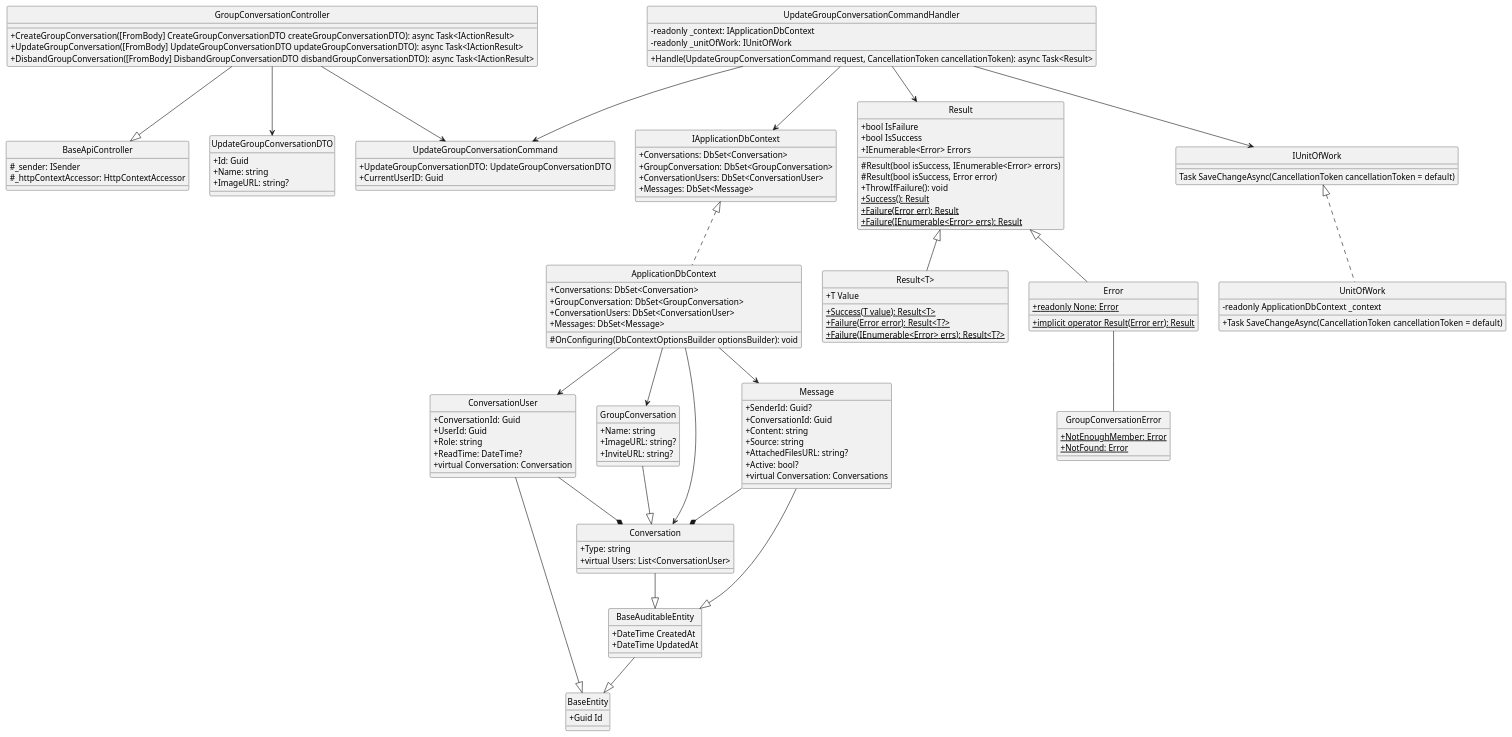
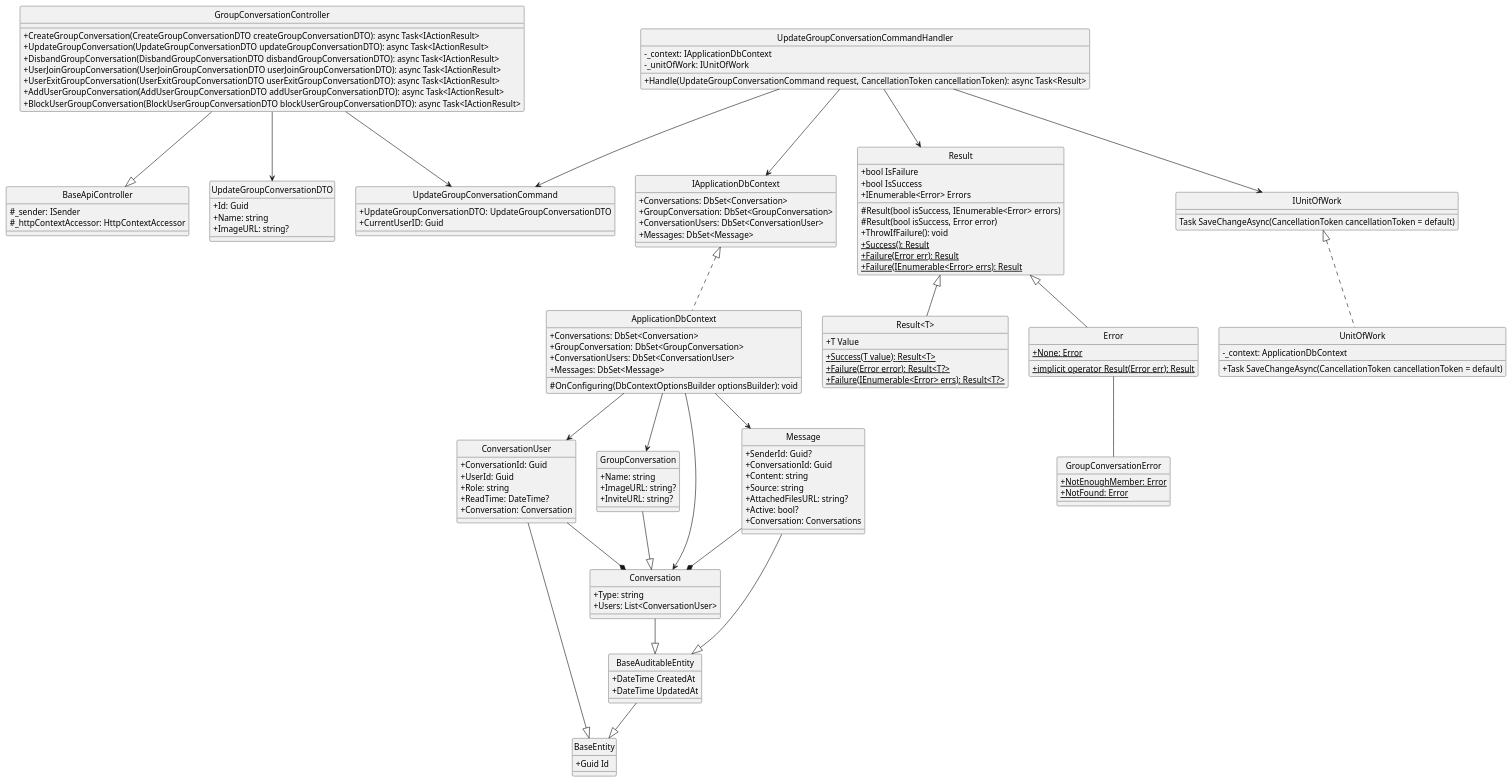
One commit to Carl-Johnsons/Chat-Application changed the diagram in docs/Class Diagram/Conversation/UpdateGroupConversation/ClassDiagram.plantuml. Above: the diagram before and after it, drawn with PlantUML. The commit also changed 8 other files, not shown here.

Commit message:
remove readonly, virture, add join, block, exit group

```diff
--- a/docs/Class Diagram/Conversation/UpdateGroupConversation/ClassDiagram.plantuml
+++ b/docs/Class Diagram/Conversation/UpdateGroupConversation/ClassDiagram.plantuml
@@ -1,151 +1,158 @@
 @startuml 
 hide circle
 skinparam classAttributeIconSize 0
 
 class BaseApiController {
     #_sender: ISender
     #_httpContextAccessor: HttpContextAccessor
 }
 
 class GroupConversationController {
-    +CreateGroupConversation([FromBody] CreateGroupConversationDTO createGroupConversationDTO): async Task<IActionResult>
-    +UpdateGroupConversation([FromBody] UpdateGroupConversationDTO updateGroupConversationDTO): async Task<IActionResult>
-    +DisbandGroupConversation([FromBody] DisbandGroupConversationDTO disbandGroupConversationDTO): async Task<IActionResult>
+    +CreateGroupConversation(CreateGroupConversationDTO createGroupConversationDTO): async Task<IActionResult>
+    +UpdateGroupConversation(UpdateGroupConversationDTO updateGroupConversationDTO): async Task<IActionResult>
+    +DisbandGroupConversation(DisbandGroupConversationDTO disbandGroupConversationDTO): async Task<IActionResult>
+    +UserJoinGroupConversation(UserJoinGroupConversationDTO userJoinGroupConversationDTO): async Task<IActionResult>
+    +UserExitGroupConversation(UserExitGroupConversationDTO userExitGroupConversationDTO): async Task<IActionResult>
+    +AddUserGroupConversation(AddUserGroupConversationDTO addUserGroupConversationDTO): async Task<IActionResult>
+    +BlockUserGroupConversation(BlockUserGroupConversationDTO blockUserGroupConversationDTO): async Task<IActionResult>
 }
 
 class UpdateGroupConversationCommand {
     +UpdateGroupConversationDTO: UpdateGroupConversationDTO
     +CurrentUserID: Guid
 }
 
 class UpdateGroupConversationCommandHandler {
-    -readonly _context: IApplicationDbContext
-    -readonly _unitOfWork: IUnitOfWork
+    -_context: IApplicationDbContext
+    -_unitOfWork: IUnitOfWork
     +Handle(UpdateGroupConversationCommand request, CancellationToken cancellationToken): async Task<Result> 
 }
 
 class IApplicationDbContext {
     +Conversations: DbSet<Conversation>
     +GroupConversation: DbSet<GroupConversation>
     +ConversationUsers: DbSet<ConversationUser>
     +Messages: DbSet<Message>
 }
 
 class ApplicationDbContext {
     +Conversations: DbSet<Conversation>
     +GroupConversation: DbSet<GroupConversation>
     +ConversationUsers: DbSet<ConversationUser>
     +Messages: DbSet<Message>
     #OnConfiguring(DbContextOptionsBuilder optionsBuilder): void
 }
 
 class Result {
     +bool IsFailure
     +bool IsSuccess
     +IEnumerable<Error> Errors
     #Result(bool isSuccess, IEnumerable<Error> errors)
     #Result(bool isSuccess, Error error)
     +ThrowIfFailure(): void
     {static} +Success(): Result
     {static} +Failure(Error err): Result
     {static} +Failure(IEnumerable<Error> errs): Result
 }
 
 class "Result<T>" {
     +T Value
     {static} +Success(T value): Result<T>
     {static} +Failure(Error error): Result<T?>
     {static} +Failure(IEnumerable<Error> errs): Result<T?>
 }
 
 class Error {
-    {static} +readonly None: Error
+    {static} +None: Error
     {static} +implicit operator Result(Error err): Result
 }
 
 class UpdateGroupConversationDTO{
     +Id: Guid
     +Name: string
     +ImageURL: string?
 }
 
 class IUnitOfWork {
     Task SaveChangeAsync(CancellationToken cancellationToken = default)
 }
 
 class UnitOfWork {
-    -readonly ApplicationDbContext _context
+    -_context: ApplicationDbContext
     +Task SaveChangeAsync(CancellationToken cancellationToken = default)
 }
 
 class GroupConversationError {
     {static} +NotEnoughMember: Error
     {static} +NotFound: Error
 }
 
 class BaseEntity {
     +Guid Id
 }
 
 class BaseAuditableEntity{
     +DateTime CreatedAt
     +DateTime UpdatedAt
 }
 
 class Conversation {
     +Type: string
-    +virtual Users: List<ConversationUser>
+    +Users: List<ConversationUser>
 }
 
 class GroupConversation {
     +Name: string
     +ImageURL: string?
     +InviteURL: string?
 }
 
 class ConversationUser {
     +ConversationId: Guid
     +UserId: Guid
     +Role: string
     +ReadTime: DateTime?
-    +virtual Conversation: Conversation
+    +Conversation: Conversation
 }
 
 class Message {
     +SenderId: Guid?
     +ConversationId: Guid
     +Content: string
     +Source: string
     +AttachedFilesURL: string?
     +Active: bool?
-    +virtual Conversation: Conversations
+    +Conversation: Conversations
 }
 
 
 
 
 GroupConversationController --|> BaseApiController
 GroupConversationController --> UpdateGroupConversationDTO
 GroupConversationController --> UpdateGroupConversationCommand
+
 UpdateGroupConversationCommandHandler --> UpdateGroupConversationCommand
 UpdateGroupConversationCommandHandler --> Result
 UpdateGroupConversationCommandHandler --> IUnitOfWork
 UpdateGroupConversationCommandHandler --> IApplicationDbContext
+
 IUnitOfWork <|.. UnitOfWork
 IApplicationDbContext <|.. ApplicationDbContext
 Result <|-- Error
 Result <|-- "Result<T>"
 Error -- GroupConversationError
+
 ApplicationDbContext --> Conversation
 ApplicationDbContext --> GroupConversation
 ApplicationDbContext --> ConversationUser
 ApplicationDbContext --> Message
 
 Conversation --|> BaseAuditableEntity
 GroupConversation --|> Conversation
 ConversationUser --|> BaseEntity
 ConversationUser --* Conversation
 Message --|> BaseAuditableEntity
 Message --* Conversation
 BaseAuditableEntity --|> BaseEntity
 @enduml
```
